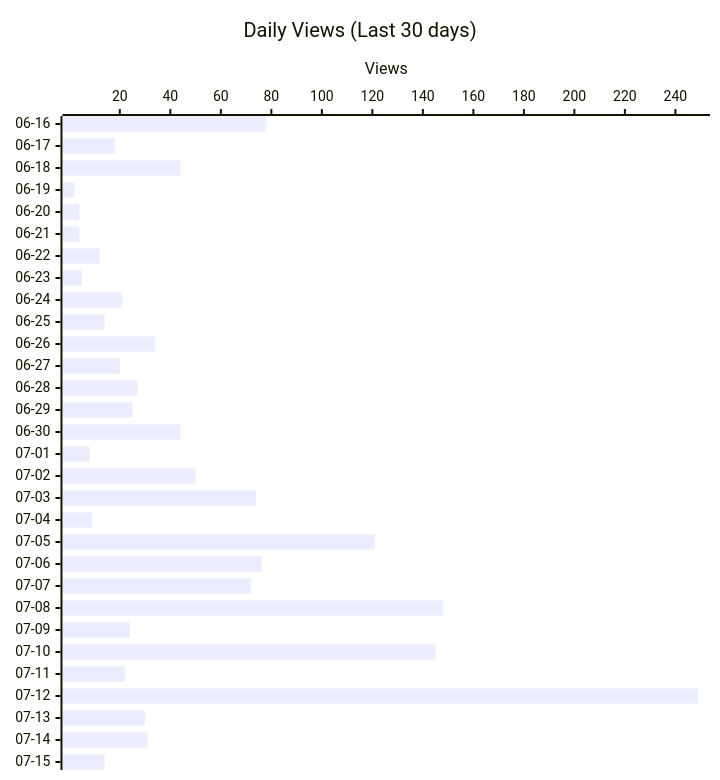
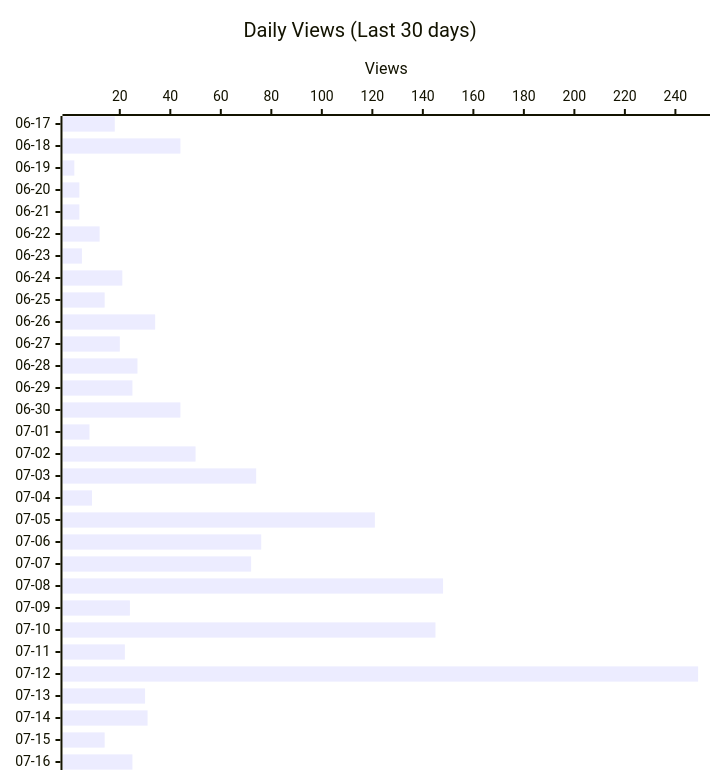
Before and after one commit to shigechika/github-insights: the second of 4 diagrams in README.md, drawn with Mermaid. The commit also changed other lines of this file and 2 other files, not shown here.

````diff
--- a/README.md
+++ b/README.md
@@ -28,12 +28,12 @@
 ```mermaid
 ---
 config:
   xyChart:
     height: 760
 ---
 xychart-beta horizontal
     title "Daily Views (Last 30 days)"
-    x-axis ["06-16", "06-17", "06-18", "06-19", "06-20", "06-21", "06-22", "06-23", "06-24", "06-25", "06-26", "06-27", "06-28", "06-29", "06-30", "07-01", "07-02", "07-03", "07-04", "07-05", "07-06", "07-07", "07-08", "07-09", "07-10", "07-11", "07-12", "07-13", "07-14", "07-15"]
+    x-axis ["06-17", "06-18", "06-19", "06-20", "06-21", "06-22", "06-23", "06-24", "06-25", "06-26", "06-27", "06-28", "06-29", "06-30", "07-01", "07-02", "07-03", "07-04", "07-05", "07-06", "07-07", "07-08", "07-09", "07-10", "07-11", "07-12", "07-13", "07-14", "07-15", "07-16"]
     y-axis "Views"
-    bar [78, 18, 44, 2, 4, 4, 12, 5, 21, 14, 34, 20, 27, 25, 44, 8, 50, 74, 9, 121, 76, 72, 148, 24, 145, 22, 249, 30, 31, 14]
+    bar [18, 44, 2, 4, 4, 12, 5, 21, 14, 34, 20, 27, 25, 44, 8, 50, 74, 9, 121, 76, 72, 148, 24, 145, 22, 249, 30, 31, 14, 25]
 ```
````
